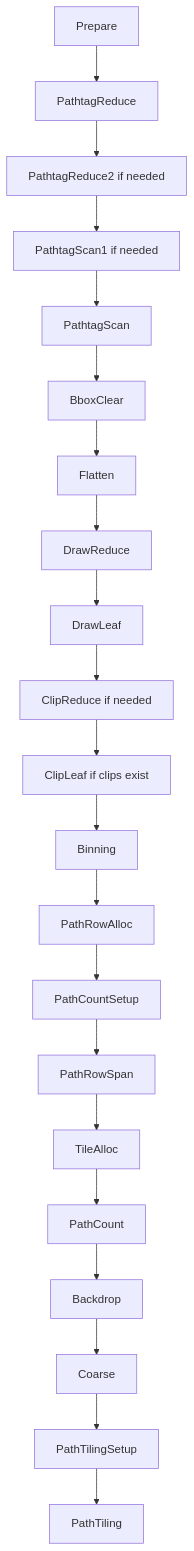
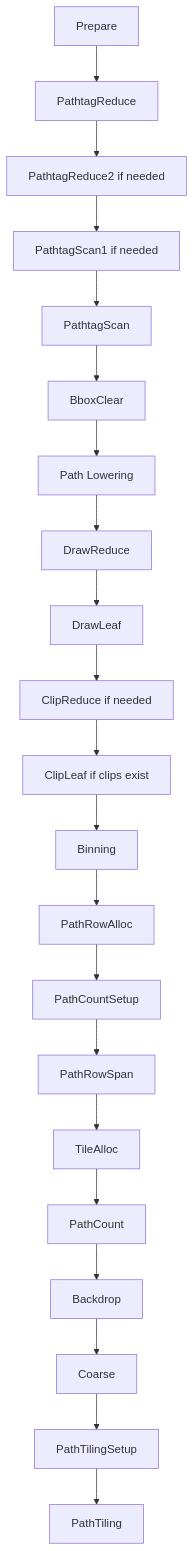
Before and after one commit to SixLabors/ImageSharp.Drawing: the fourth of 4 diagrams in src/ImageSharp.Drawing.WebGPU/WEBGPU_RASTERIZER.md, drawn with Mermaid. The commit also changed other lines of this file and 230 other files, not shown here.

First line of the commit message:
Rework aliased rasterization and path lowering

````diff
--- a/src/ImageSharp.Drawing.WebGPU/WEBGPU_RASTERIZER.md
+++ b/src/ImageSharp.Drawing.WebGPU/WEBGPU_RASTERIZER.md
@@ -250,23 +250,23 @@
 ```mermaid
 flowchart TD
     Z[Prepare] --> A[PathtagReduce]
     A --> B[PathtagReduce2 if needed]
     B --> C[PathtagScan1 if needed]
     C --> D[PathtagScan]
     D --> E[BboxClear]
-    E --> F[Flatten]
+    E --> F[Path Lowering]
     F --> G[DrawReduce]
     G --> H[DrawLeaf]
     H --> I[ClipReduce if needed]
     I --> J[ClipLeaf if clips exist]
     J --> K[Binning]
     K --> L[PathRowAlloc]
     L --> M[PathCountSetup]
     M --> N[PathRowSpan]
     N --> O[TileAlloc]
     O --> P[PathCount]
     P --> Q[Backdrop]
     Q --> R[Coarse]
     R --> S[PathTilingSetup]
     S --> T[PathTiling]
 ```
````
